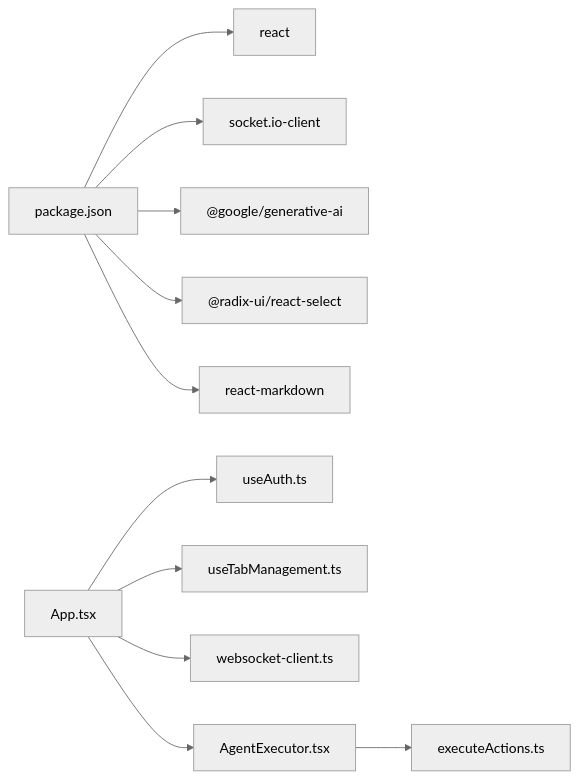
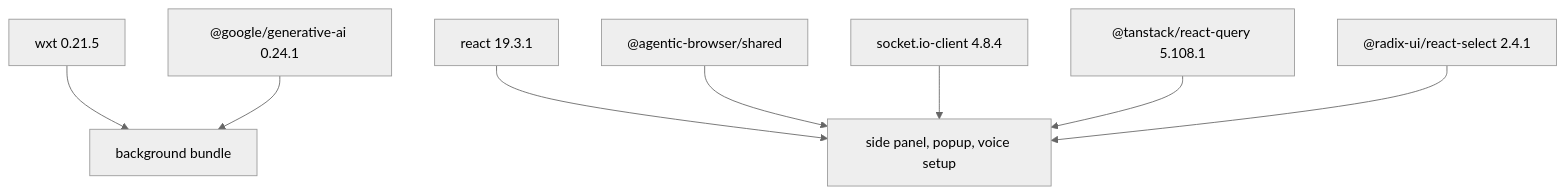
One commit to tashifkhan/tashif.codes changed the sixth of 6 diagrams in src/data/docs/agentic-browser/Browser Extension/Extension Architecture.md. Above: the diagram before and after it, drawn with Mermaid (neutral theme). The commit also changed other lines of this file and 114 other files, not shown here.

Commit message:
docs(agentic-browser): update docs in place and expand coverage

````diff
--- a/src/data/docs/agentic-browser/Browser Extension/Extension Architecture.md
+++ b/src/data/docs/agentic-browser/Browser Extension/Extension Architecture.md
@@ -246,13 +156,10 @@
 ```mermaid
-graph LR
-PKG["package.json"] --> REACT["react"]
-PKG --> SOCKET["socket.io-client"]
-PKG --> GAISDK["@google/generative-ai"]
-PKG --> RADIX["@radix-ui/react-select"]
-PKG --> MARKDOWN["react-markdown"]
-APP["App.tsx"] --> AUTH["useAuth.ts"]
-APP --> TABS["useTabManagement.ts"]
-APP --> WS["websocket-client.ts"]
-APP --> AE["AgentExecutor.tsx"]
-AE --> EXE["executeActions.ts"]
+graph TB
+  WXT["wxt 0.21.5"] --> BG["background bundle"]
+  REACT["react 19.3.1"] --> SP["side panel, popup, voice setup"]
+  SH["@agentic-browser/shared"] --> SP
+  GEM["@google/generative-ai 0.24.1"] --> BG
+  SOCK["socket.io-client 4.8.4"] --> SP
+  RQ["@tanstack/react-query 5.108.1"] --> SP
+  RADIX["@radix-ui/react-select 2.4.1"] --> SP
 ```
````
